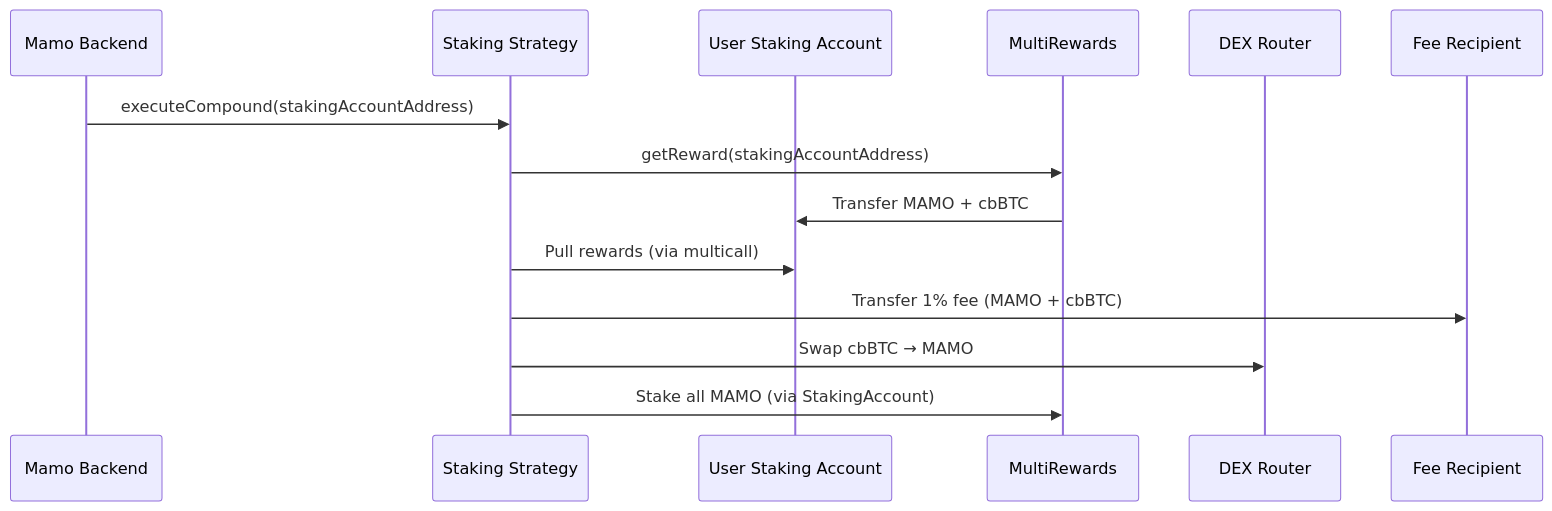
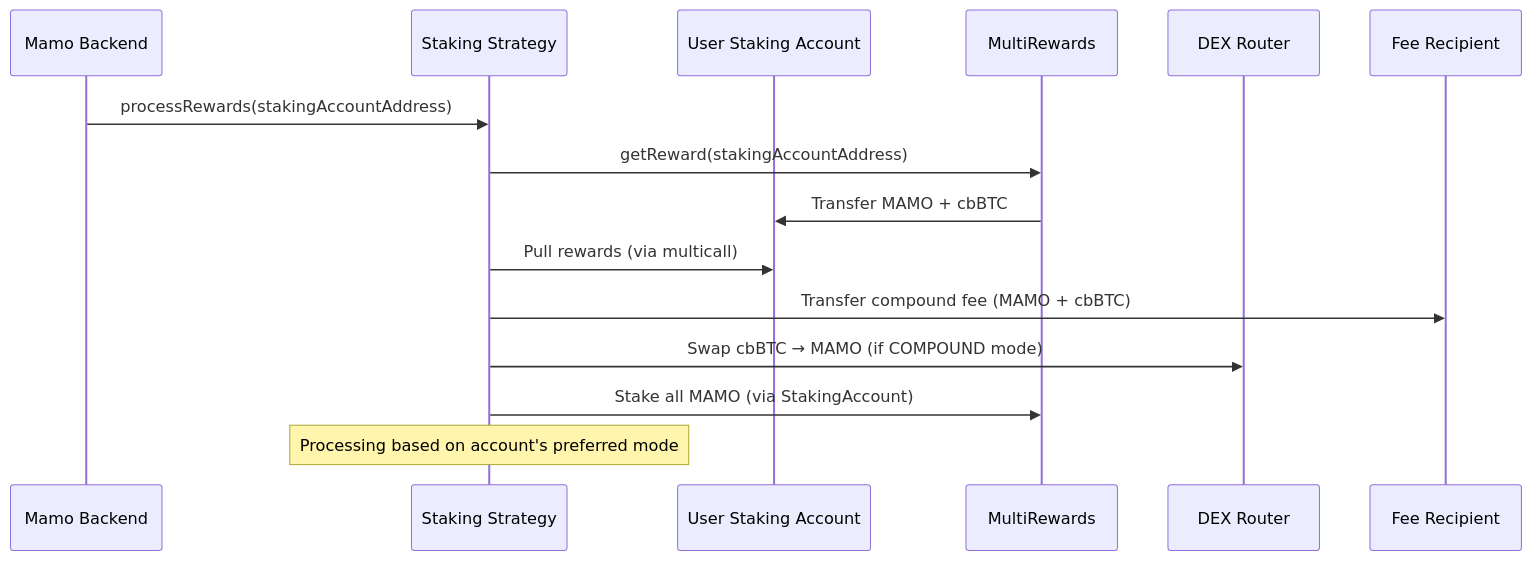
One commit to moonwell-fi/mamo-contracts changed the second of 5 diagrams in docs/MAMO_STAKING_ARCHITECTURE.md. Above: the diagram before and after it, drawn with Mermaid. The commit also changed other lines of this file, not shown here.

Commit message:
update architecture

````diff
--- a/docs/MAMO_STAKING_ARCHITECTURE.md
+++ b/docs/MAMO_STAKING_ARCHITECTURE.md
@@ -496,18 +551,20 @@
 ```mermaid
 sequenceDiagram
     participant Backend as Mamo Backend
     participant Strategy as Staking Strategy
     participant StakingAccount as User Staking Account
     participant MultiRewards as MultiRewards
     participant DEX as DEX Router
     participant Fee as Fee Recipient
 
-    Backend->>Strategy: executeCompound(stakingAccountAddress)
+    Backend->>Strategy: processRewards(stakingAccountAddress)
     Strategy->>MultiRewards: getReward(stakingAccountAddress)
     MultiRewards->>StakingAccount: Transfer MAMO + cbBTC
     
     Strategy->>StakingAccount: Pull rewards (via multicall)
-    Strategy->>Fee: Transfer 1% fee (MAMO + cbBTC)
-    Strategy->>DEX: Swap cbBTC → MAMO
+    Strategy->>Fee: Transfer compound fee (MAMO + cbBTC)
+    Strategy->>DEX: Swap cbBTC → MAMO (if COMPOUND mode)
     Strategy->>MultiRewards: Stake all MAMO (via StakingAccount)
+    
+    Note over Strategy: Processing based on account's preferred mode
 ```
````
